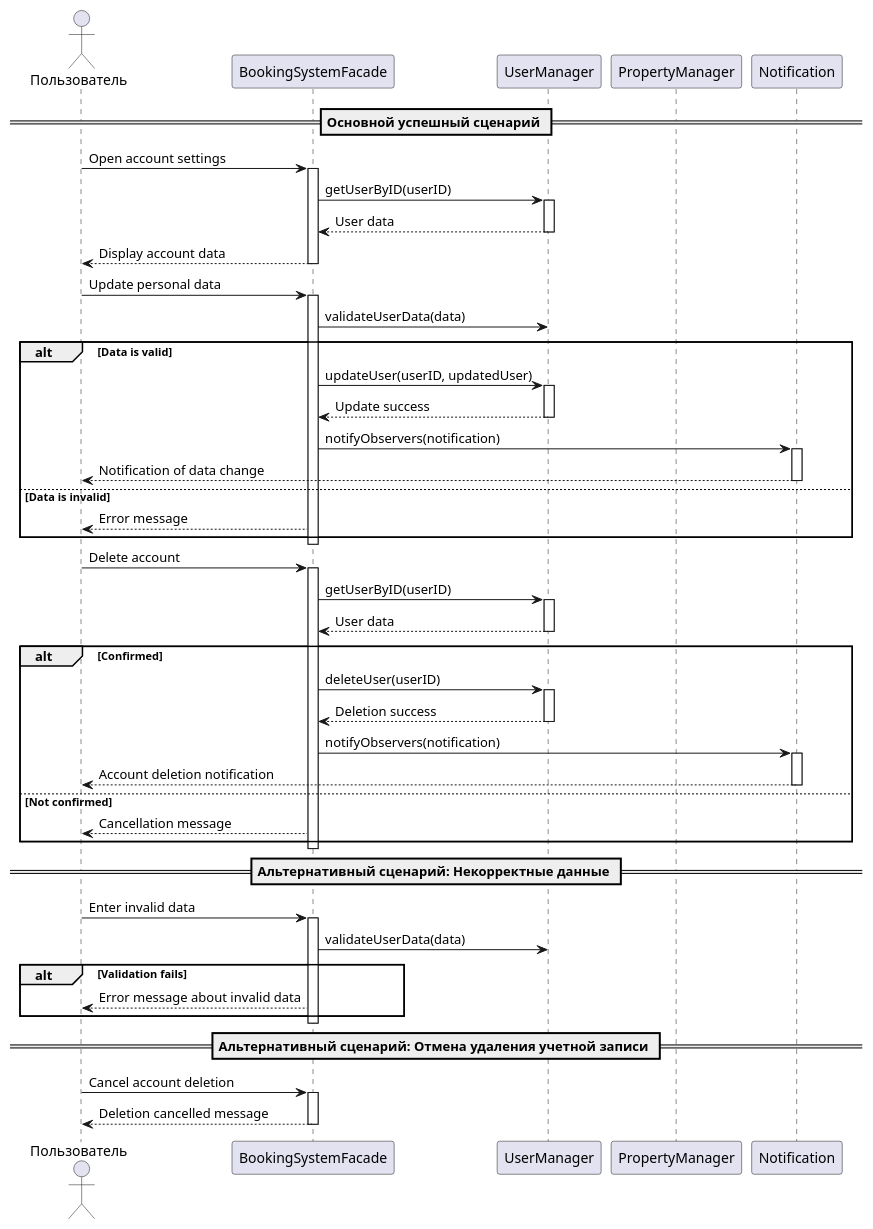
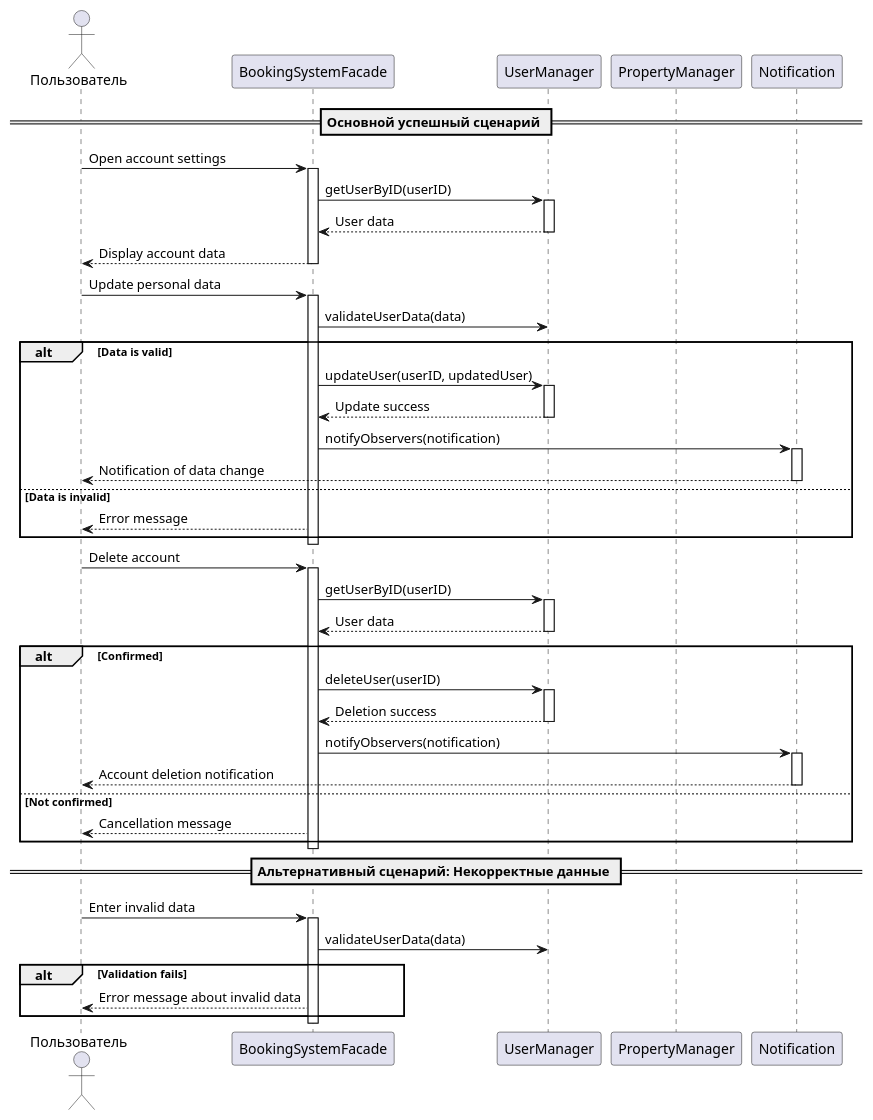
One commit to penamarth/bsbo-01-22_team4_var8 changed the diagram in precedents/AccountsManagement/AccountsManagementSequenceDiagram.md. Above: the diagram before and after it, drawn with PlantUML. The commit also changed 8 other files, not shown here.

````diff
--- a/precedents/AccountsManagement/AccountsManagementSequenceDiagram.md
+++ b/precedents/AccountsManagement/AccountsManagementSequenceDiagram.md
@@ -76,13 +76,6 @@
 
 deactivate Facade
 
-== Альтернативный сценарий: Отмена удаления учетной записи ==
-
-User -> Facade : Cancel account deletion
-activate Facade
-Facade --> User : Deletion cancelled message
-
-deactivate Facade
 
 @enduml
 ```
````
